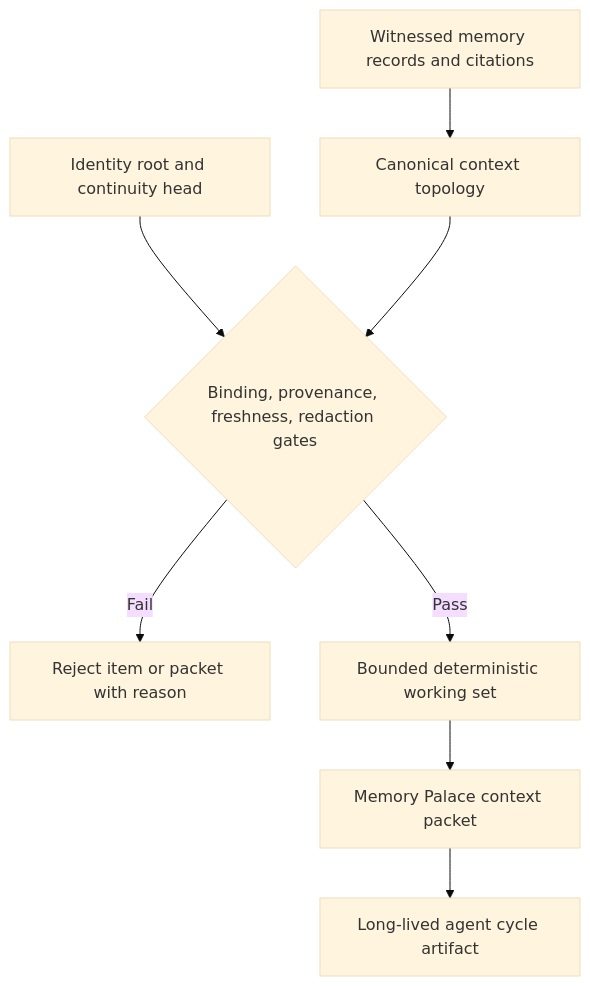
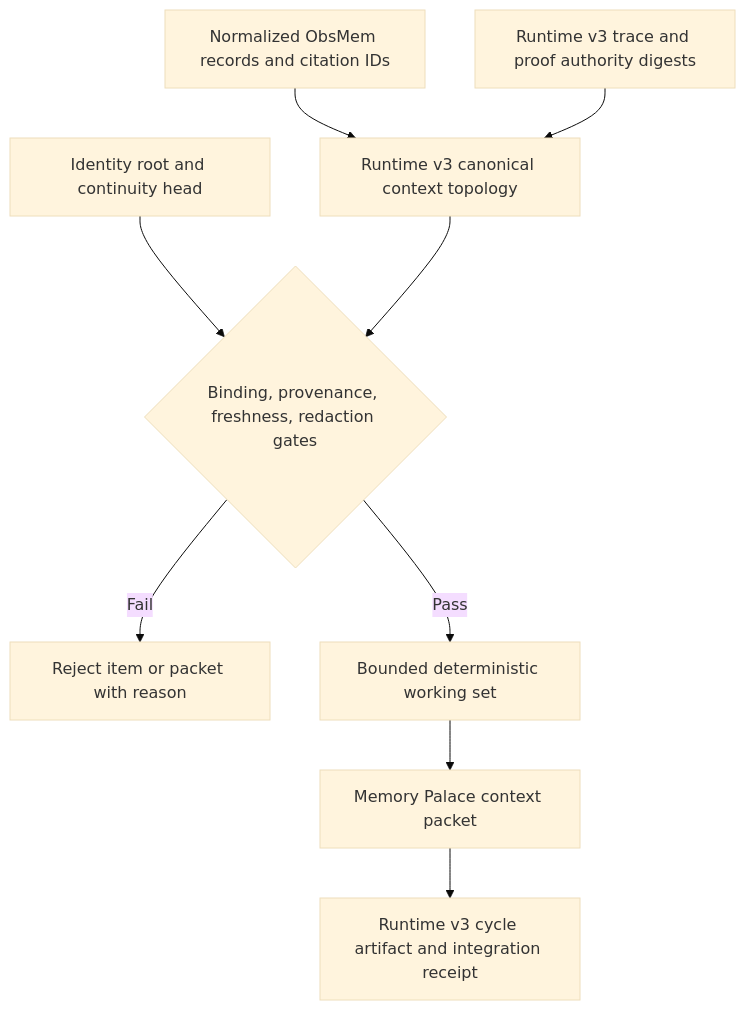
Before and after one commit to danielbaustin/agent-design-language: the diagram in .csdlc/prepared/issues/5828/diagram.mmd, drawn with Mermaid (base theme). The commit also changed 119 other files, not shown here.

```diff
--- a/.csdlc/prepared/issues/5828/diagram.mmd
+++ b/.csdlc/prepared/issues/5828/diagram.mmd
@@ -1,8 +1,9 @@
 flowchart TD
-  I["Witnessed memory records and citations"] --> T["Canonical context topology"]
+  I["Normalized ObsMem records and citation IDs"] --> T["Runtime v3 canonical context topology"]
+  O["Runtime v3 trace and proof authority digests"] --> T
   C["Identity root and continuity head"] --> G{"Binding, provenance, freshness, redaction gates"}
   T --> G
   G -- "Fail" --> R["Reject item or packet with reason"]
   G -- "Pass" --> W["Bounded deterministic working set"]
   W --> P["Memory Palace context packet"]
-  P --> L["Long-lived agent cycle artifact"]
+  P --> L["Runtime v3 cycle artifact and integration receipt"]
```
